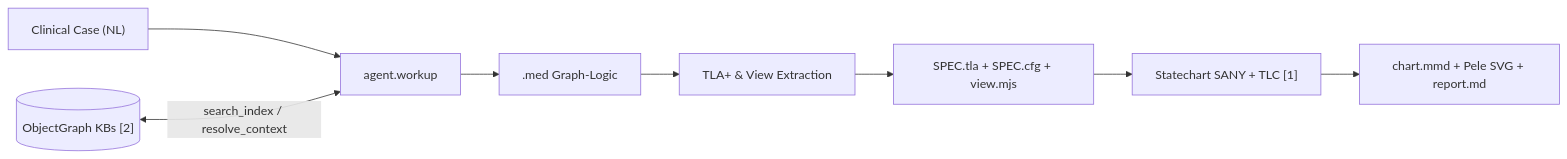
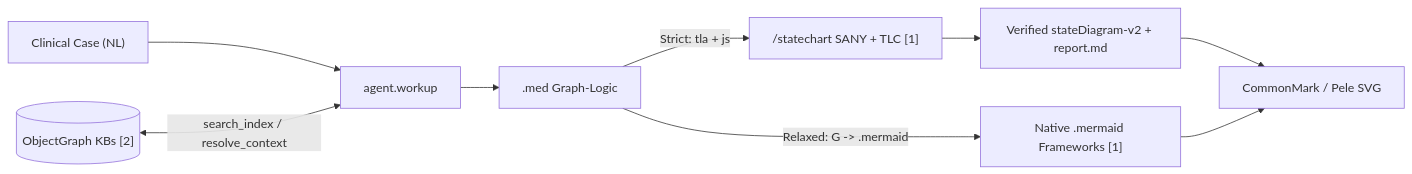
Before and after one commit to wetware-hq/chart: the first of 5 diagrams in README.md, drawn with Mermaid. The commit also changed other lines of this file, not shown here.

Commit message:
Enforce pan-clinical generality and allow full /statechart relaxation to .mermaid

````diff
--- a/README.md
+++ b/README.md
@@ -30,10 +31,11 @@
 ```mermaid
 flowchart LR
   Case["Clinical Case (NL)"] --> Workup["agent.workup"]
   KB[("ObjectGraph KBs [2]")] <-->|"search_index / resolve_context"| Workup
   Workup --> Med[".med Graph-Logic"]
-  Med --> Lower["TLA+ & View Extraction"]
-  Lower --> Bundle["SPEC.tla + SPEC.cfg + view.mjs"]
-  Bundle --> TLC["Statechart SANY + TLC [1]"]
-  TLC --> Render["chart.mmd + Pele SVG + report.md"]
+  Med -->|"Strict: tla + js"| TLC["/statechart SANY + TLC [1]"]
+  TLC --> Chart["Verified stateDiagram-v2 + report.md"]
+  Med -->|"Relaxed: G -> .mermaid"| Mmd["Native .mermaid Frameworks [1]"]
+  Chart --> Pele["CommonMark / Pele SVG"]
+  Mmd --> Pele
 ```
````
